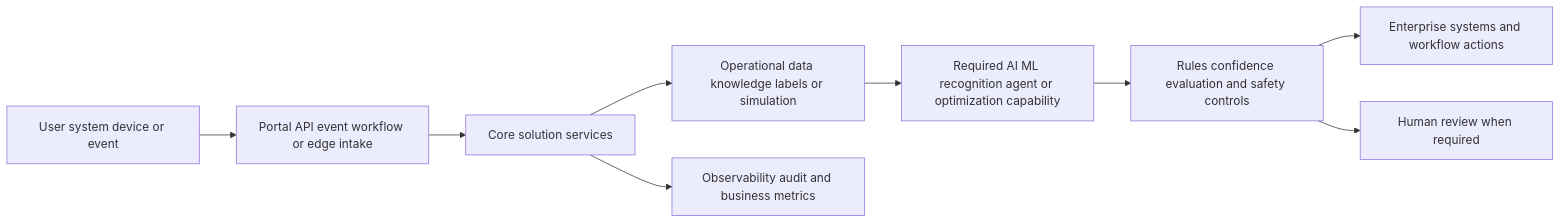
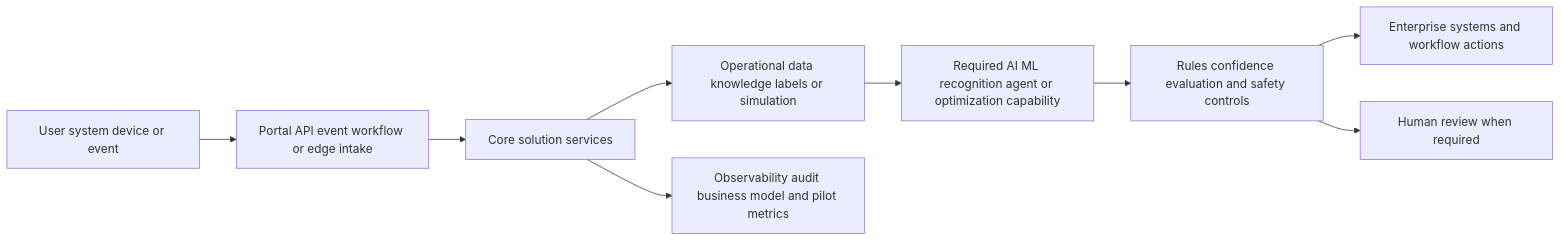
Before and after one commit to wildersa/azure_ref_kit: the second of 2 diagrams in docs/opportunities/opportunity-template.md, drawn with Mermaid. The commit also changed other lines of this file, not shown here.

Commit message:
docs: require baseline counter-evidence and pilot criteria

````diff
--- a/docs/opportunities/opportunity-template.md
+++ b/docs/opportunities/opportunity-template.md
@@ -85,11 +151,11 @@
 ```mermaid
 flowchart LR
   User[User system device or event] --> Entry[Portal API event workflow or edge intake]
   Entry --> Core[Core solution services]
   Core --> Data[Operational data knowledge labels or simulation]
   Data --> Intelligence[Required AI ML recognition agent or optimization capability]
   Intelligence --> Validation[Rules confidence evaluation and safety controls]
   Validation --> Integration[Enterprise systems and workflow actions]
   Validation --> Human[Human review when required]
-  Core --> Audit[Observability audit and business metrics]
+  Core --> Audit[Observability audit business model and pilot metrics]
 ```
````
